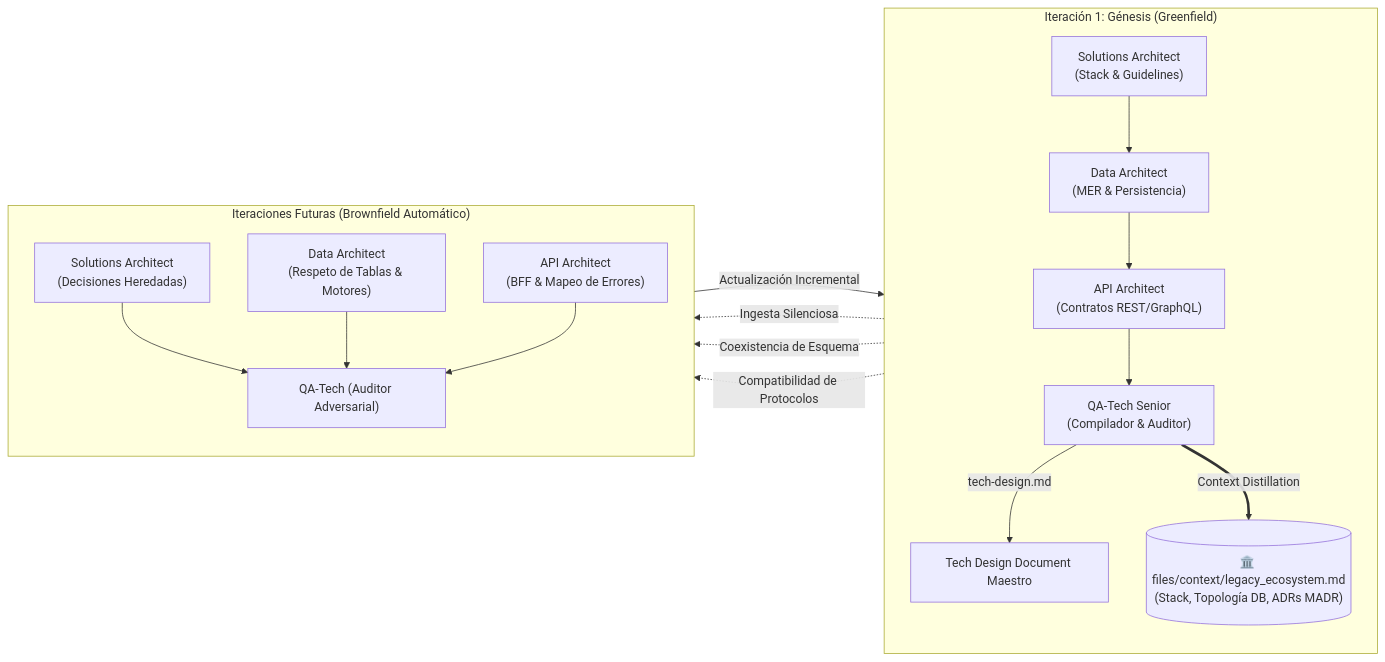
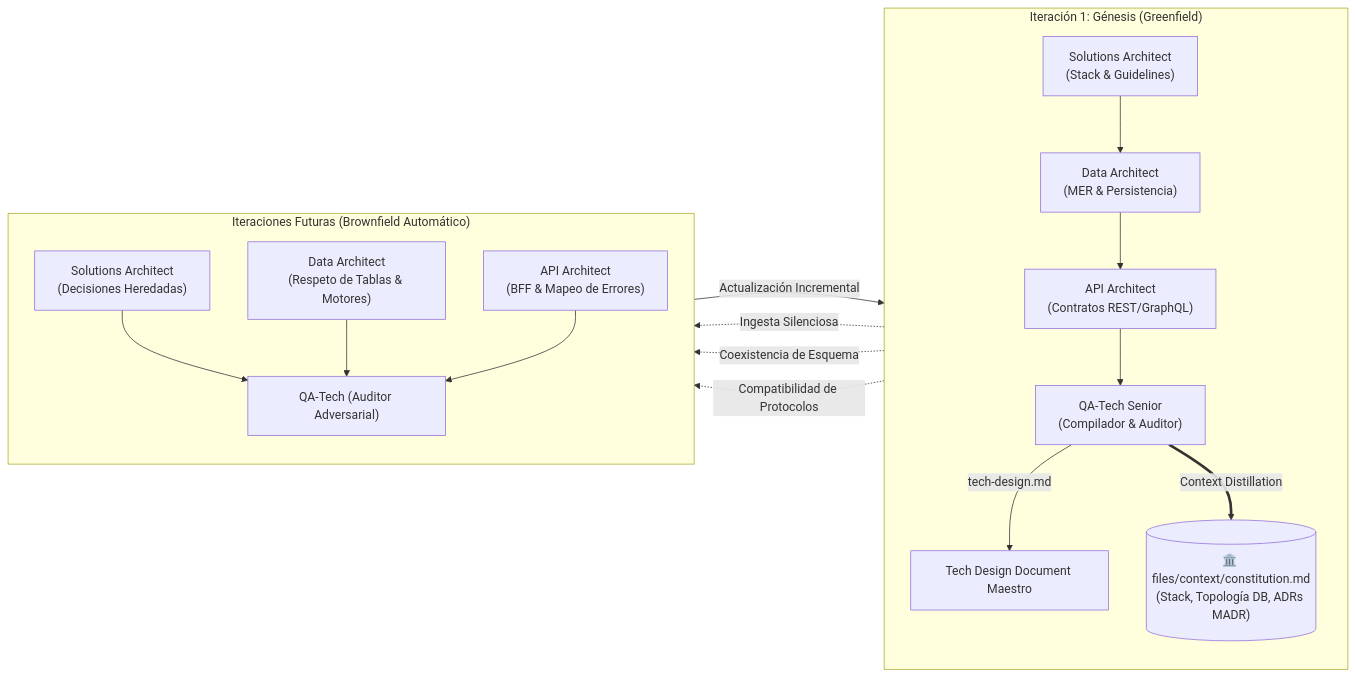
One commit to pauloravicaceres/template-bmad changed the second of 3 diagrams in README.md. Above: the diagram before and after it, drawn with Mermaid. The commit also changed other lines of this file and 132 other files, not shown here.

````diff
--- a/README.md
+++ b/README.md
@@ -162,20 +222,20 @@
 ```mermaid
 flowchart LR
     subgraph Iteracion1 ["Iteración 1: Génesis (Greenfield)"]
         direction TB
         SA1["Solutions Architect\n(Stack & Guidelines)"] --> DA1["Data Architect\n(MER & Persistencia)"]
         DA1 --> API1["API Architect\n(Contratos REST/GraphQL)"]
         API1 --> QT1["QA-Tech Senior\n(Compilador & Auditor)"]
         QT1 -->|tech-design.md| TDD1["Tech Design Document Maestro"]
-        QT1 ==>|Context Distillation| Snapshot[("🏛️ files/context/legacy_ecosystem.md\n(Stack, Topología DB, ADRs MADR)")]
+        QT1 ==>|Context Distillation| Snapshot[("🏛️ files/context/constitution.md\n(Stack, Topología DB, ADRs MADR)")]
     end
 
     subgraph Iteracion2 ["Iteraciones Futuras (Brownfield Automático)"]
         direction TB
         Snapshot -.->|Ingesta Silenciosa| SA2["Solutions Architect\n(Decisiones Heredadas)"]
         Snapshot -.->|Coexistencia de Esquema| DA2["Data Architect\n(Respeto de Tablas & Motores)"]
         Snapshot -.->|Compatibilidad de Protocolos| API2["API Architect\n(BFF & Mapeo de Errores)"]
         SA2 & DA2 & API2 --> QT2["QA-Tech (Auditor Adversarial)"]
         QT2 -->|Actualización Incremental| Snapshot
     end
 ```
````
